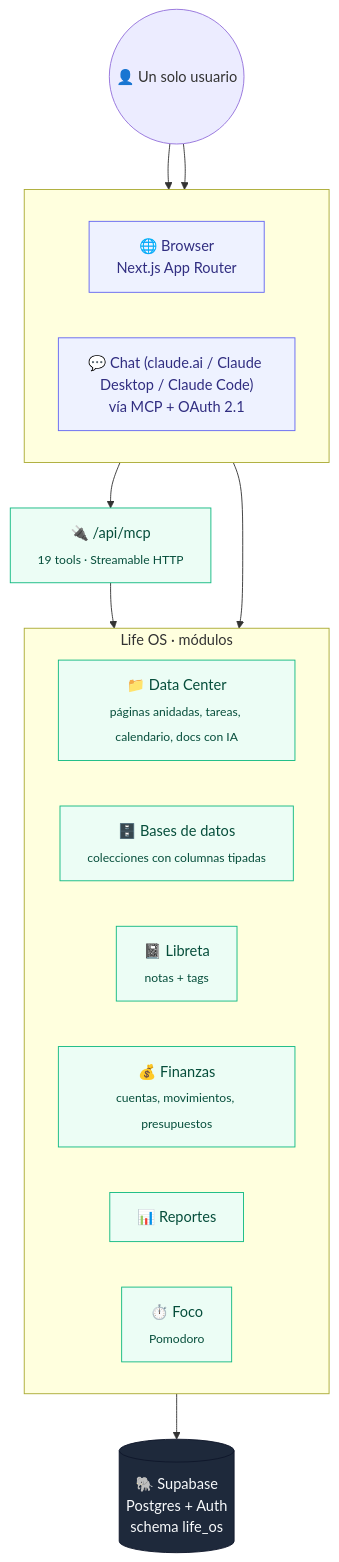
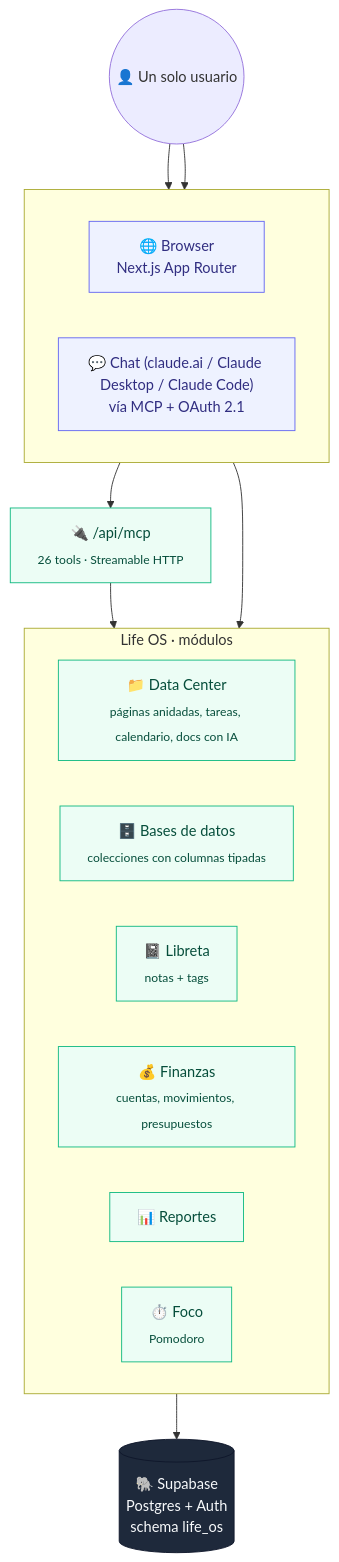
Before and after one commit to jmarroncle/life-os: the diagram in README.md, drawn with Mermaid. The commit also changed 2 other files, not shown here.

Commit message:
MCP: agregar tools de Bases de datos
Suma 7 tools nuevos (life_os_list_databases, life_os_get_database,
life_os_get_database_row, life_os_add_database_row,
life_os_update_database_row, life_os_add_database_column,
life_os_delete_database_row) — hasta ahora el servidor MCP cubría
tareas/páginas/notas/finanzas pero no este módulo, que se agregó
después.

Los valores de fila viajan keyeados por NOMBRE de columna (no id): un
chat conectado no tiene forma de conocer los UUID de las columnas de
antemano. get_database y get_database_row también devuelven el
contenido de la fila como página (texto plano), en línea con cómo ya
se leen páginas y notas.

Con esto un chat conectado por MCP puede ver qué carpetas/filas están
vacías y completarlas directamente, sin pasar por SQL manual.

````diff
--- a/README.md
+++ b/README.md
@@ -12,38 +12,38 @@
 ```mermaid
 flowchart TB
     user(("👤 Un solo usuario"))
 
     subgraph entradas [" "]
         direction LR
         browser["🌐 Browser<br/>Next.js App Router"]
         chat["💬 Chat (claude.ai / Claude Desktop / Claude Code)<br/>vía MCP + OAuth 2.1"]
     end
 
     user --> browser
     user --> chat
 
     subgraph modulos ["Life OS · módulos"]
         direction LR
         datacenter["📁 Data Center<br/><sub>páginas anidadas, tareas, calendario, docs con IA</sub>"]
         bases["🗄️ Bases de datos<br/><sub>colecciones con columnas tipadas</sub>"]
         libreta["📓 Libreta<br/><sub>notas + tags</sub>"]
         finanzas["💰 Finanzas<br/><sub>cuentas, movimientos, presupuestos</sub>"]
         reportes["📊 Reportes"]
         foco["⏱️ Foco<br/><sub>Pomodoro</sub>"]
     end
 
-    mcpserver["🔌 /api/mcp<br/><sub>19 tools · Streamable HTTP</sub>"]
+    mcpserver["🔌 /api/mcp<br/><sub>26 tools · Streamable HTTP</sub>"]
 
     browser --> modulos
     chat --> mcpserver --> modulos
 
     db[("🐘 Supabase<br/>Postgres + Auth<br/>schema life_os")]
     modulos --> db
 
     classDef entry fill:#eef2ff,stroke:#6366f1,color:#312e81;
     classDef module fill:#ecfdf5,stroke:#10b981,color:#064e3b;
     classDef store fill:#1e293b,stroke:#0f172a,color:#f8fafc;
     class browser,chat entry;
     class datacenter,bases,libreta,finanzas,reportes,foco,mcpserver module;
     class db store;
 ```
````
